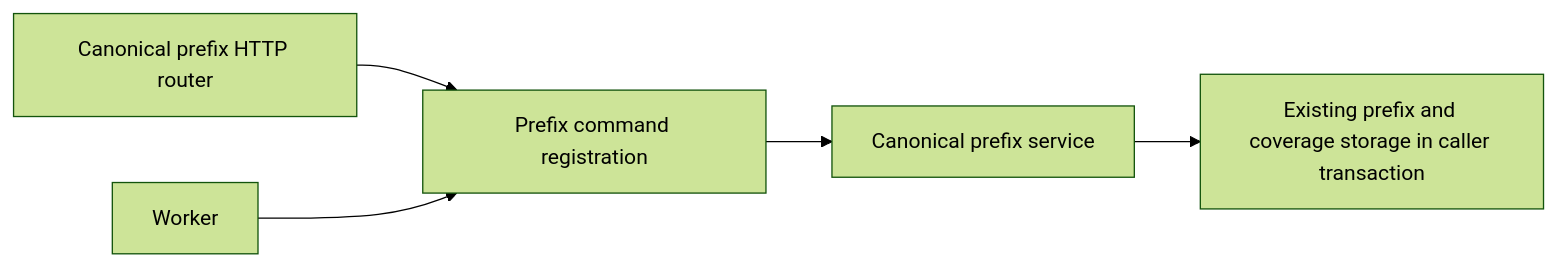
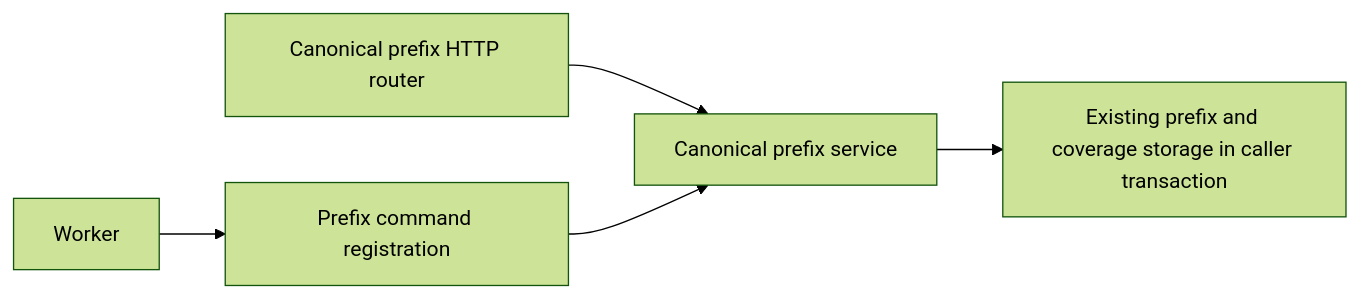
Before and after one commit to aaweaver-actuary/tempo: the fifth of 6 diagrams in backend/app/services/README.md, drawn with Mermaid (forest theme). The commit also changed other lines of this file and 7 other files, not shown here.

````diff
--- a/backend/app/services/README.md
+++ b/backend/app/services/README.md
@@ -259,7 +259,8 @@
 ```mermaid
 flowchart LR
-  http["Canonical prefix HTTP router"] --> commands["Prefix command registration"]
+  http["Canonical prefix HTTP router"] --> owner["Canonical prefix service"]
+  commands["Prefix command registration"]
   worker["Worker"] --> commands
   commands --> owner["Canonical prefix service"]
   owner --> storage["Existing prefix and coverage storage in caller transaction"]
 ```
````
